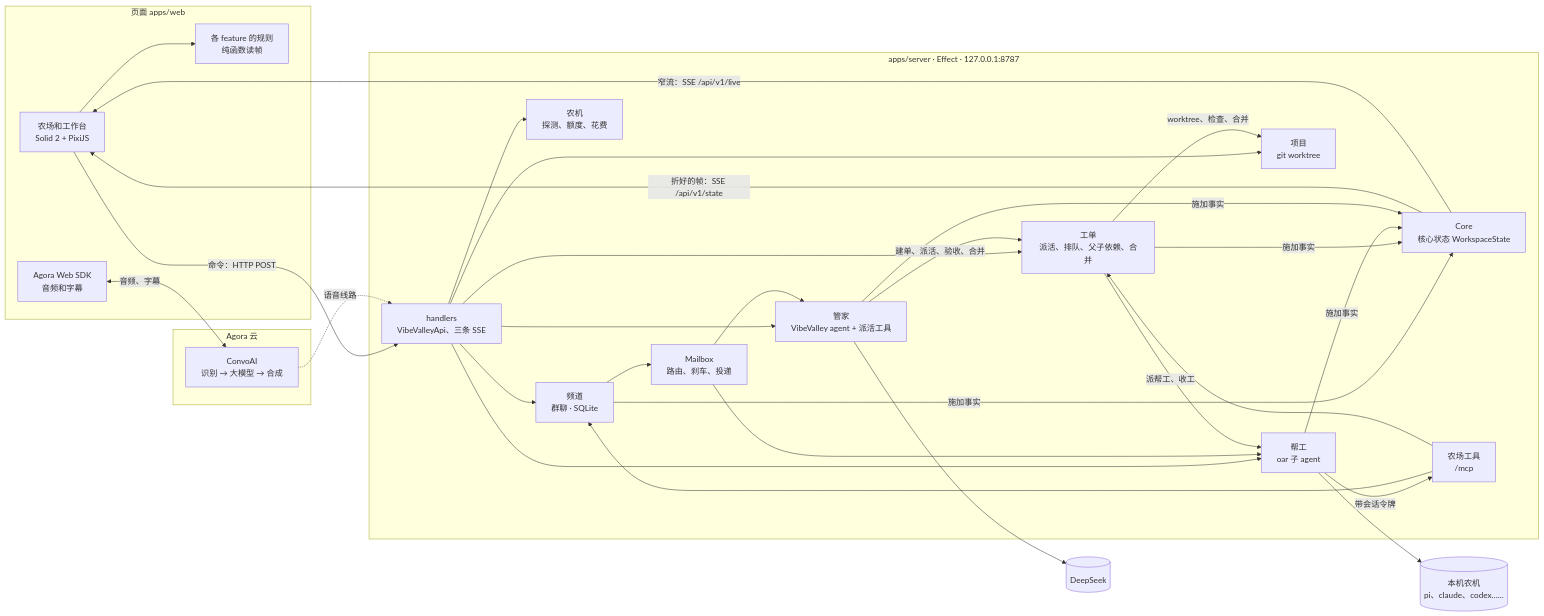
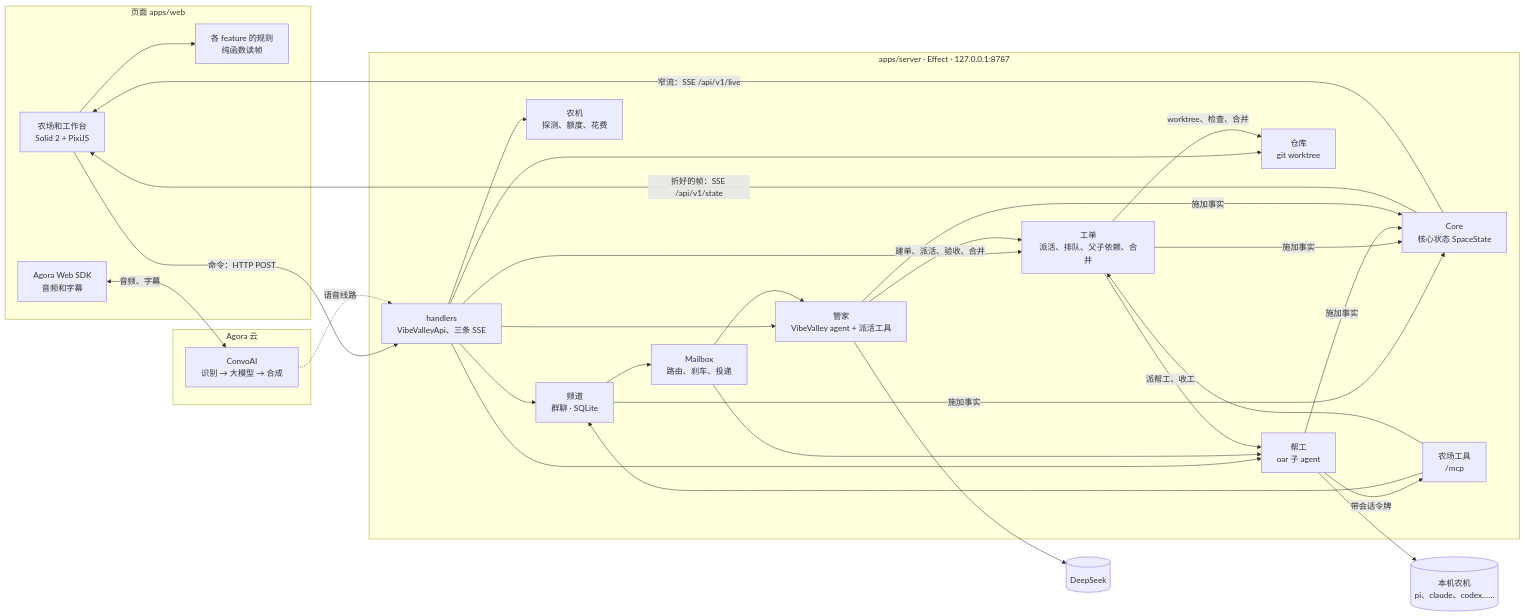
The diagram in docs/architecture.md (vibevalleyhq/vibevalley), drawn with Mermaid before and after one commit. The commit also changed other lines of this file and 548 other files, not shown here.

````diff
--- a/docs/architecture.md
+++ b/docs/architecture.md
@@ -5,46 +5,46 @@
 ```mermaid
 flowchart LR
   subgraph Page[页面 apps/web]
     UI[农场和工作台<br/>Solid 2 + PixiJS]
     RULES[各 feature 的规则<br/>纯函数读帧]
     RTC[Agora Web SDK<br/>音频和字幕]
   end
 
   subgraph Server[apps/server · Effect · 127.0.0.1:8787]
     API[handlers<br/>VibeValleyApi、三条 SSE]
-    SITE[Core<br/>核心状态 WorkspaceState]
+    SITE[Core<br/>核心状态 SpaceState]
     FM[管家<br/>VibeValley agent + 派活工具]
     CHAT[频道<br/>群聊 · SQLite]
     MB[Mailbox<br/>路由、刹车、投递]
     TK[工单<br/>派活、排队、父子依赖、合并]
     CREW[帮工<br/>oar 子 agent]
-    PRJ[项目<br/>git worktree]
+    PRJ[仓库<br/>git worktree]
     RT[农机<br/>探测、额度、花费]
     MCP[农场工具<br/>/mcp]
   end
 
   subgraph Agora[Agora 云]
     CAI[ConvoAI<br/>识别 → 大模型 → 合成]
   end
 
   AGENTS[(本机农机<br/>pi、claude、codex……)]
   DS[(DeepSeek)]
 
   UI --> RULES
   UI -->|命令：HTTP POST| API
   SITE -->|折好的帧：SSE /api/v1/state| UI
   SITE -->|窄流：SSE /api/v1/live| UI
   API --> CHAT & FM & TK & CREW & PRJ & RT
   CHAT --> MB
   MB --> FM & CREW
   CREW -->|带会话令牌| MCP
   MCP --> CHAT & TK
   FM -->|建单、派活、验收、合并| TK
   TK -->|派帮工、收工| CREW
   TK -->|worktree、检查、合并| PRJ
   CREW --> AGENTS
   FM --> DS
   CHAT & TK & CREW & FM -->|施加事实| SITE
   RTC <-->|音频、字幕| CAI
   CAI -.->|语音线路| API
 ```
````
